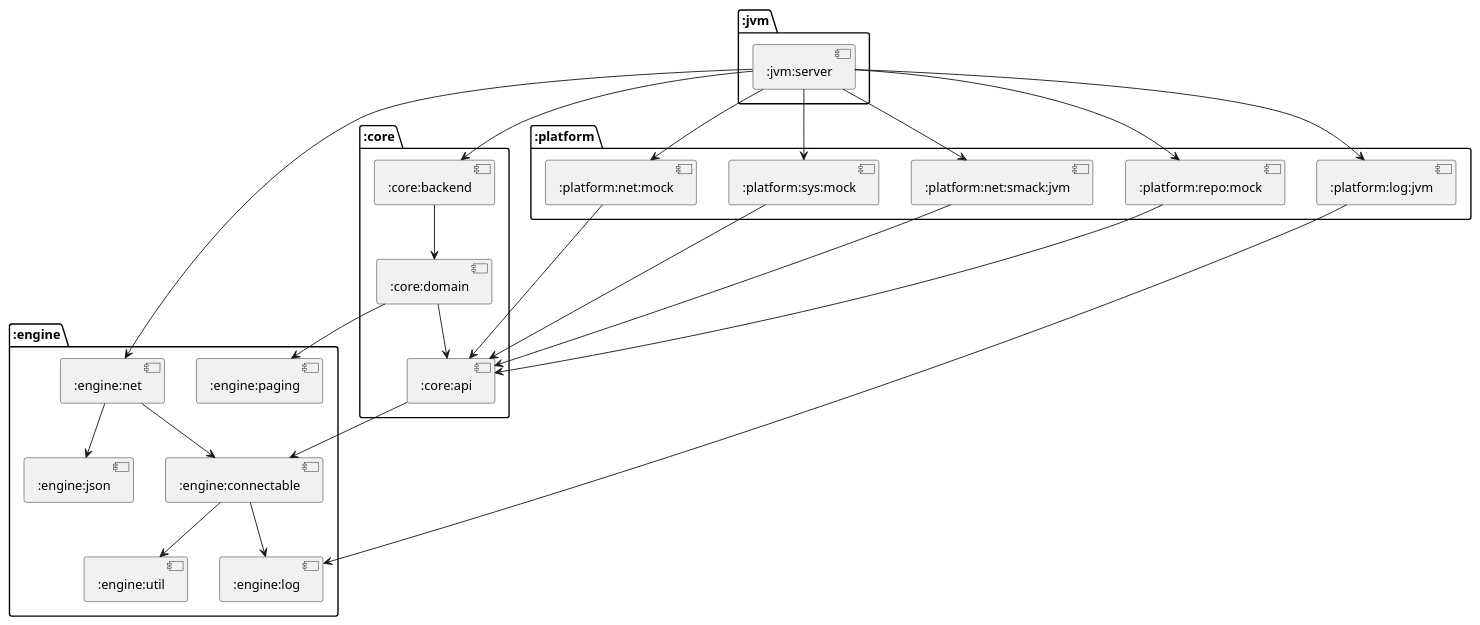
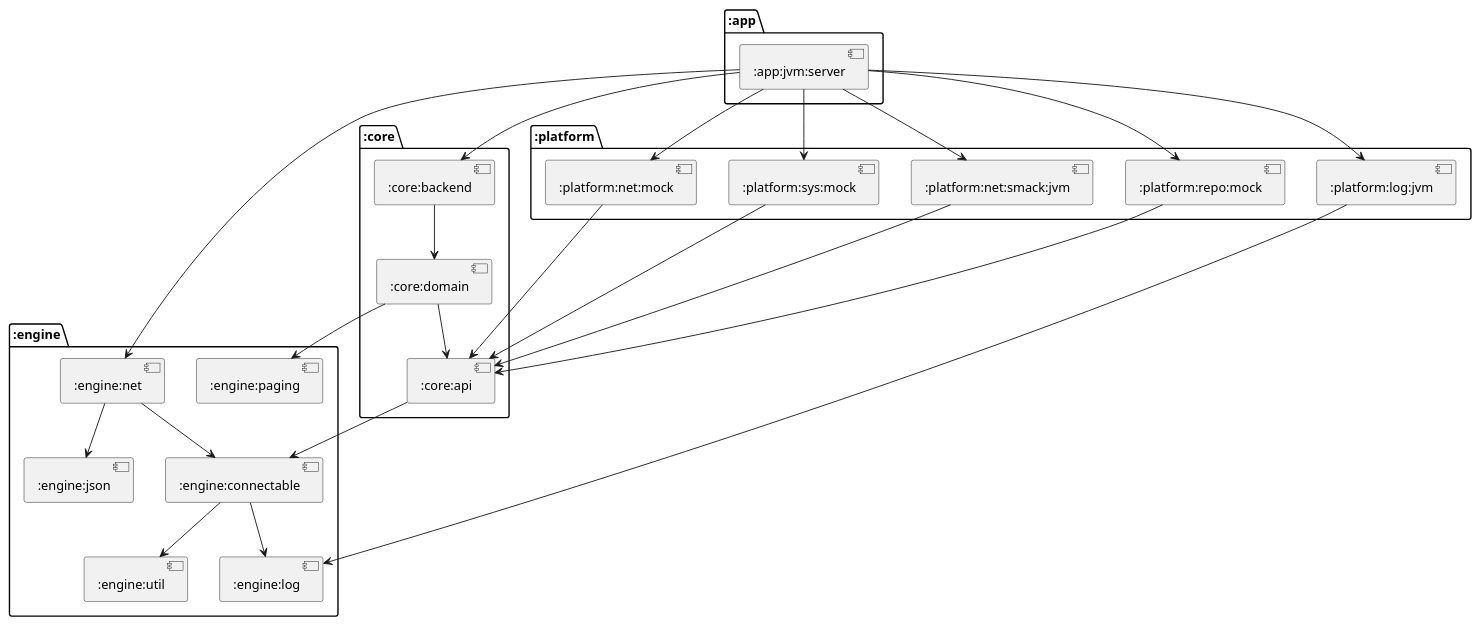
One commit to cryptopunkscc/crypton changed the diagram in docs/modules/puml/:jvm:server.puml. Above: the diagram before and after it, drawn with PlantUML. The commit also changed 223 other files, not shown here.

```diff
--- a/docs/modules/puml/:jvm:server.puml
+++ b/docs/modules/puml/:jvm:server.puml
@@ -1,45 +1,45 @@
 @startuml
 package ":platform" {
 [:platform:repo:mock]
 [:platform:net:mock]
 [:platform:sys:mock]
 [:platform:net:smack:jvm]
 [:platform:log:jvm]
 }
 package ":core" {
 [:core:backend]
 [:core:api]
 [:core:domain]
 }
 package ":engine" {
 [:engine:net]
 [:engine:connectable]
 [:engine:util]
 [:engine:log]
 [:engine:paging]
 [:engine:json]
 }
-package ":jvm" {
-[:jvm:server]
+package ":app" {
+[:app:jvm:server]
 }
 [:platform:repo:mock] --> [:core:api]
 [:platform:net:mock] --> [:core:api]
 [:platform:sys:mock] --> [:core:api]
 [:platform:net:smack:jvm] --> [:core:api]
 [:core:backend] --> [:core:domain]
 [:engine:net] --> [:engine:connectable]
 [:engine:net] --> [:engine:json]
 [:platform:log:jvm] --> [:engine:log]
 [:core:api] --> [:engine:connectable]
 [:engine:connectable] --> [:engine:util]
 [:engine:connectable] --> [:engine:log]
 [:core:domain] --> [:engine:paging]
 [:core:domain] --> [:core:api]
-[:jvm:server] --> [:platform:repo:mock]
-[:jvm:server] --> [:platform:net:mock]
-[:jvm:server] --> [:platform:sys:mock]
-[:jvm:server] --> [:platform:net:smack:jvm]
-[:jvm:server] --> [:core:backend]
-[:jvm:server] --> [:engine:net]
-[:jvm:server] --> [:platform:log:jvm]
+[:app:jvm:server] --> [:platform:repo:mock]
+[:app:jvm:server] --> [:platform:net:mock]
+[:app:jvm:server] --> [:platform:sys:mock]
+[:app:jvm:server] --> [:platform:net:smack:jvm]
+[:app:jvm:server] --> [:core:backend]
+[:app:jvm:server] --> [:engine:net]
+[:app:jvm:server] --> [:platform:log:jvm]
 @enduml
```
